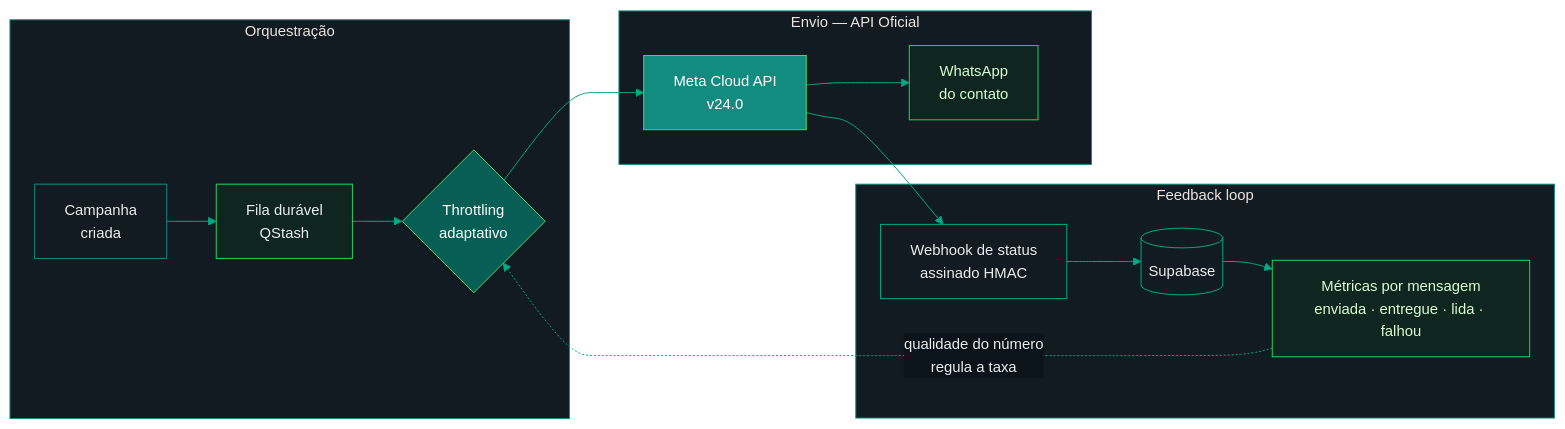
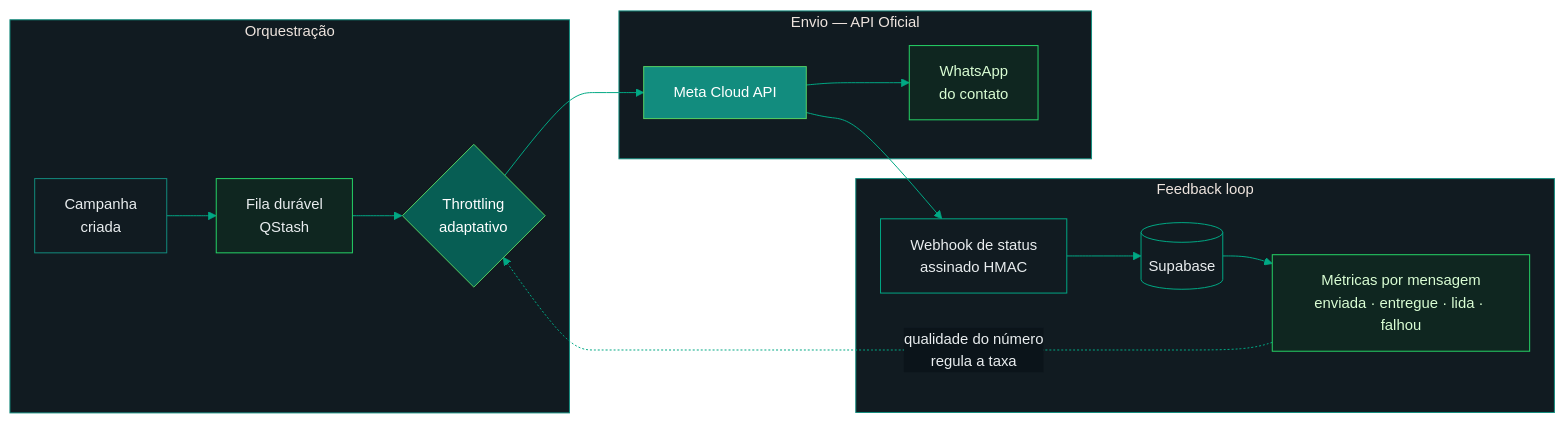
The diagram in README.md (luizxhgomes/whatsflow-engine), drawn with Mermaid before and after one commit. The commit also changed other lines of this file and 16 other files, not shown here.

````diff
--- a/README.md
+++ b/README.md
@@ -42,31 +42,31 @@
 ```mermaid
 %%{init: {'theme':'base','themeVariables':{
   'background':'#0B141A','primaryColor':'#0F2620','primaryTextColor':'#E9EDEF',
   'primaryBorderColor':'#25D366','lineColor':'#00A884','secondaryColor':'#075E54',
   'tertiaryColor':'#111B21','fontSize':'15px','edgeLabelBackground':'#0B141A',
   'clusterBkg':'#111B21','clusterBorder':'#128C7E'}}}%%
 flowchart LR
     subgraph ORQ[" Orquestração "]
         A["Campanha<br/>criada"] --> B["Fila durável<br/>QStash"]
         B --> C{"Throttling<br/>adaptativo"}
     end
     subgraph ENV[" Envio — API Oficial "]
-        C --> D["Meta Cloud API<br/>v24.0"]
+        C --> D["Meta Cloud API"]
         D --> E["WhatsApp<br/>do contato"]
     end
     subgraph FBK[" Feedback loop "]
         D --> F["Webhook de status<br/>assinado HMAC"]
         F --> G[("Supabase")]
         G --> H["Métricas por mensagem<br/>enviada · entregue · lida · falhou"]
     end
     H -.->|"qualidade do número<br/>regula a taxa"| C
 
     style A fill:#111B21,stroke:#128C7E,color:#E9EDEF
     style B fill:#0F2620,stroke:#25D366,color:#E9EDEF
     style C fill:#075E54,stroke:#57D163,color:#FFFFFF
     style D fill:#128C7E,stroke:#57D163,color:#FFFFFF
     style E fill:#0F2620,stroke:#25D366,color:#D9FDD3
     style F fill:#111B21,stroke:#00A884,color:#E9EDEF
     style G fill:#111B21,stroke:#00A884,color:#E9EDEF
     style H fill:#0F2620,stroke:#25D366,color:#D9FDD3
 ```
````
